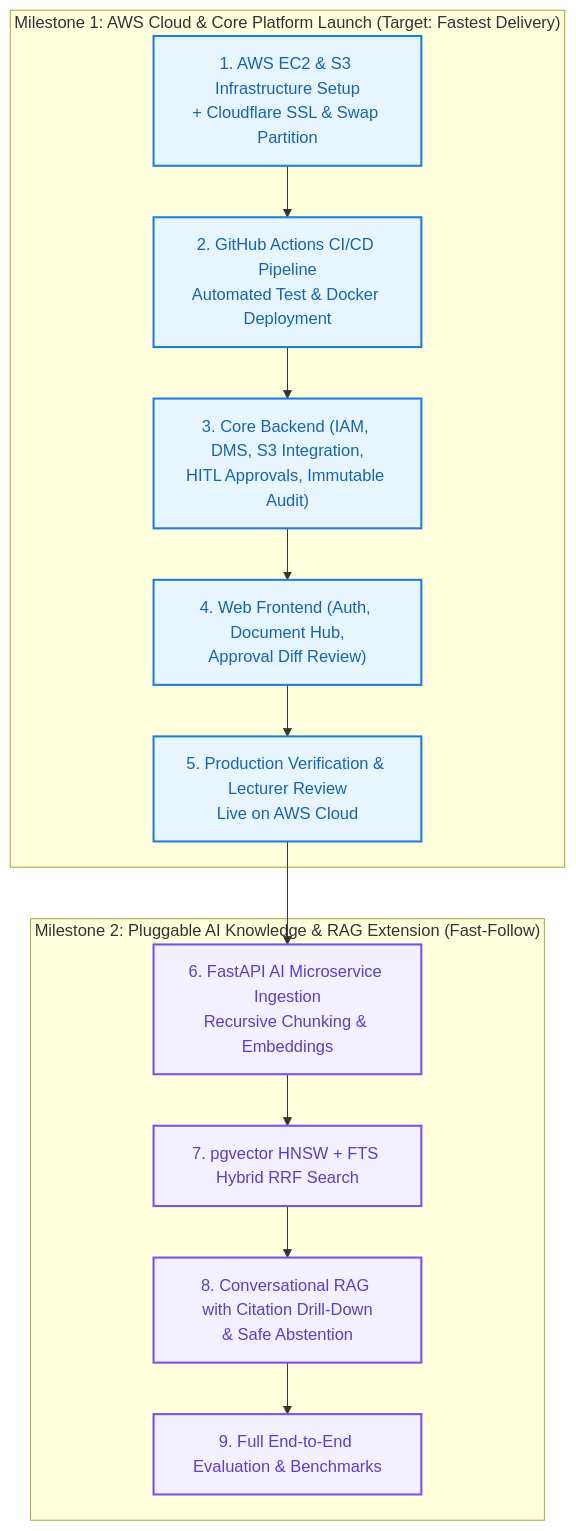
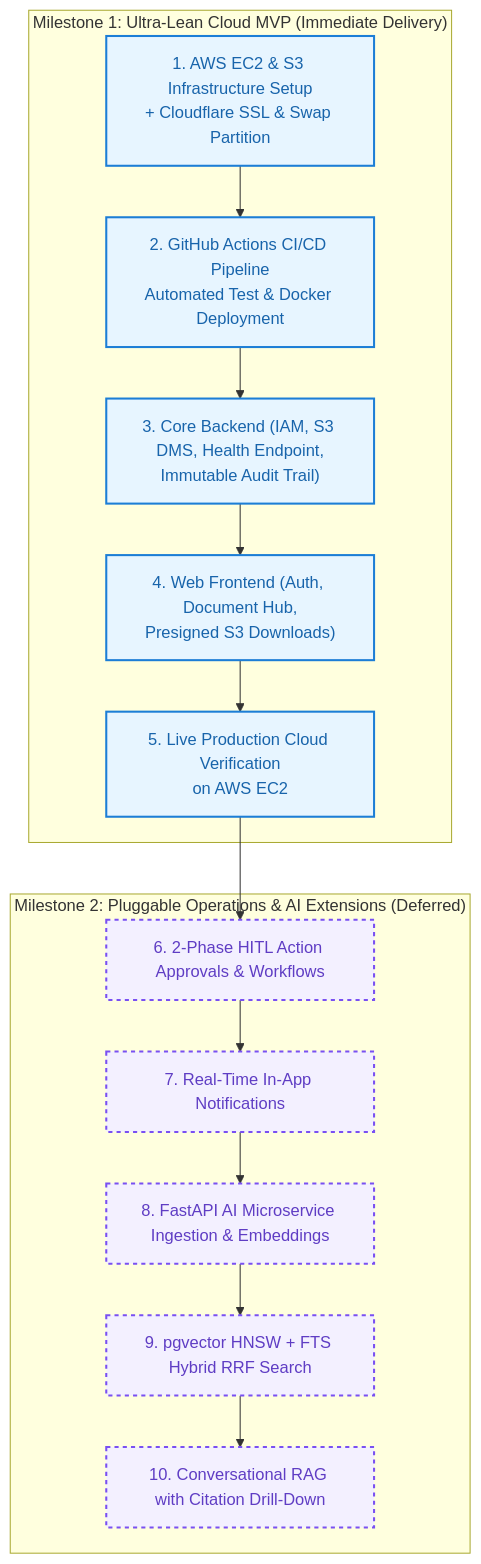
One commit to DamPhuQuy/Document-Knowledge-Operations-Platform changed the diagram in docs/specs/business/06_engineering_handoff.md. Above: the diagram before and after it, drawn with Mermaid. The commit also changed other lines of this file and 68 other files, not shown here.

Commit message:
refactor(iam): streamline clean architecture domain models and remove redundant ports

````diff
--- a/docs/specs/business/06_engineering_handoff.md
+++ b/docs/specs/business/06_engineering_handoff.md
@@ -70,26 +66,27 @@
 ```mermaid
 flowchart TD
-    subgraph Milestone1 ["Milestone 1: AWS Cloud & Core Platform Launch (Target: Fastest Delivery)"]
+    subgraph Milestone1 ["Milestone 1: Ultra-Lean Cloud MVP (Immediate Delivery)"]
         M1_1["1. AWS EC2 & S3 Infrastructure Setup\n+ Cloudflare SSL & Swap Partition"]
         M1_2["2. GitHub Actions CI/CD Pipeline\nAutomated Test & Docker Deployment"]
-        M1_3["3. Core Backend (IAM, DMS, S3 Integration,\nHITL Approvals, Immutable Audit)"]
-        M1_4["4. Web Frontend (Auth, Document Hub,\nApproval Diff Review)"]
-        M1_5["5. Production Verification & Lecturer Review\nLive on AWS Cloud"]
+        M1_3["3. Core Backend (IAM, S3 DMS, Health Endpoint,\nImmutable Audit Trail)"]
+        M1_4["4. Web Frontend (Auth, Document Hub,\nPresigned S3 Downloads)"]
+        M1_5["5. Live Production Cloud Verification\non AWS EC2"]
 
         M1_1 --> M1_2 --> M1_3 --> M1_4 --> M1_5
     end
 
-    subgraph Milestone2 ["Milestone 2: Pluggable AI Knowledge & RAG Extension (Fast-Follow)"]
-        M2_1["6. FastAPI AI Microservice Ingestion\nRecursive Chunking & Embeddings"]
-        M2_2["7. pgvector HNSW + FTS Hybrid RRF Search"]
-        M2_3["8. Conversational RAG with Citation Drill-Down\n& Safe Abstention"]
-        M2_4["9. Full End-to-End Evaluation & Benchmarks"]
+    subgraph Milestone2 ["Milestone 2: Pluggable Operations & AI Extensions (Deferred)"]
+        M2_1["6. 2-Phase HITL Action Approvals & Workflows"]
+        M2_2["7. Real-Time In-App Notifications"]
+        M2_3["8. FastAPI AI Microservice Ingestion & Embeddings"]
+        M2_4["9. pgvector HNSW + FTS Hybrid RRF Search"]
+        M2_5["10. Conversational RAG with Citation Drill-Down"]
 
-        M1_5 --> M2_1 --> M2_2 --> M2_3 --> M2_4
+        M1_5 --> M2_1 --> M2_2 --> M2_3 --> M2_4 --> M2_5
     end
 
     classDef m1 fill:#e7f5ff,stroke:#1c7ed6,stroke-width:2px,color:#1864ab;
-    classDef m2 fill:#f3f0ff,stroke:#7950f2,stroke-width:2px,color:#5f3dc4;
+    classDef m2 fill:#f3f0ff,stroke:#7950f2,stroke-width:2px,stroke-dasharray: 4 4,color:#5f3dc4;
     class M1_1,M1_2,M1_3,M1_4,M1_5 m1;
-    class M2_1,M2_2,M2_3,M2_4 m2;
+    class M2_1,M2_2,M2_3,M2_4,M2_5 m2;
 ```
````
